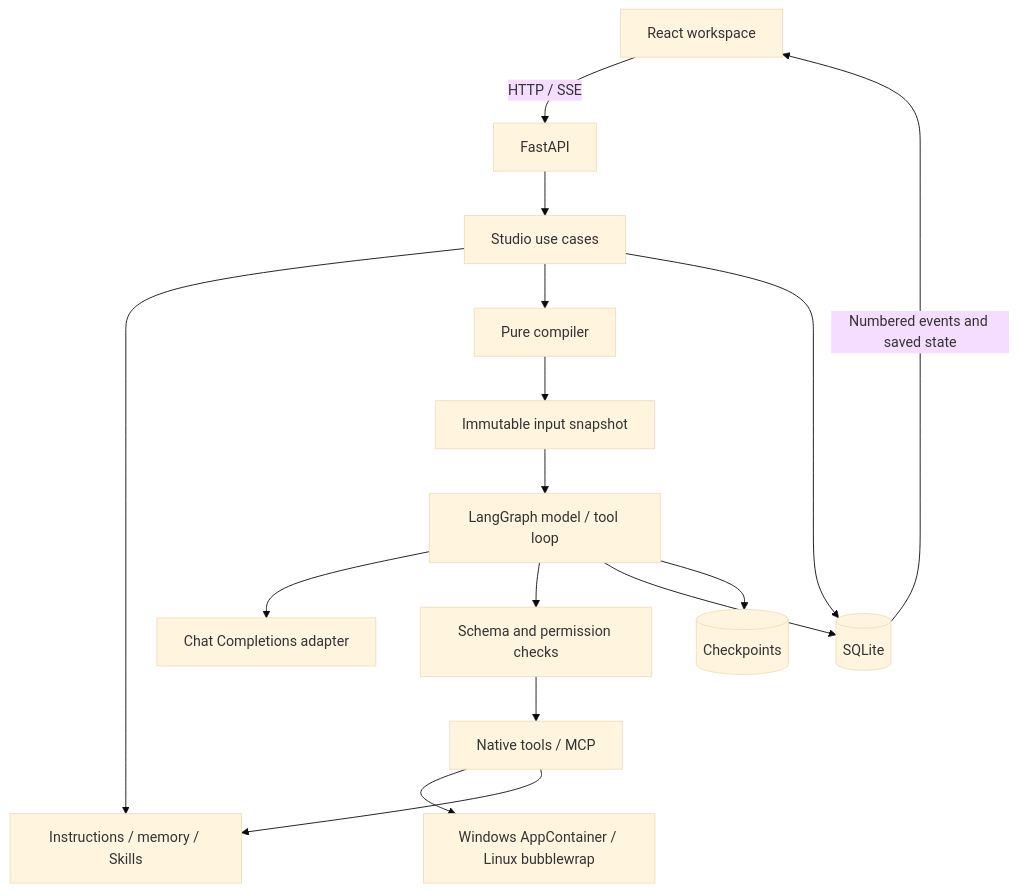
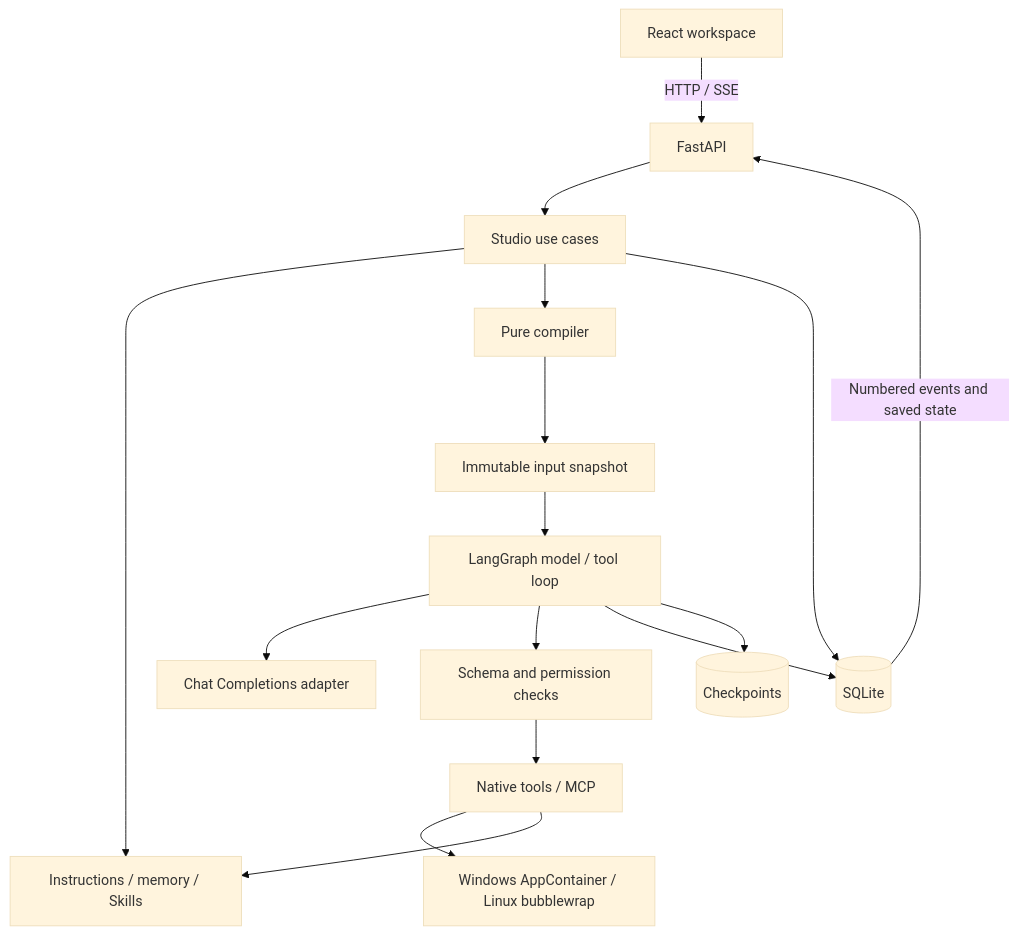
One commit to shiraha721/glassbox changed the first of 3 diagrams in docs/architecture.md. Above: the diagram before and after it, drawn with Mermaid (base theme). The commit also changed other lines of this file and 12 other files, not shown here.

Commit message:
docs: document architecture and every first-party function

````diff
--- a/docs/architecture.md
+++ b/docs/architecture.md
@@ -9,18 +113,18 @@
 ```mermaid
 flowchart TD
     UI[React workspace] -->|HTTP / SSE| API[FastAPI]
     API --> APP[Studio use cases]
     APP --> FILES[Instructions / memory / Skills]
     APP --> COMP[Pure compiler]
     COMP --> SNAP[Immutable input snapshot]
     SNAP --> RUN[LangGraph model / tool loop]
     RUN --> MODEL[Chat Completions adapter]
     RUN --> POLICY[Schema and permission checks]
     POLICY --> TOOLS[Native tools / MCP]
     TOOLS --> SHELL[Windows AppContainer / Linux bubblewrap]
     TOOLS --> FILES
     APP --> DB[(SQLite)]
     RUN --> DB
     RUN --> CP[(Checkpoints)]
-    DB -->|Numbered events and saved state| UI
+    DB -->|Numbered events and saved state| API
 ```
````
